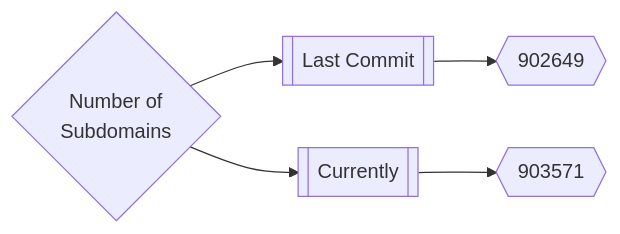
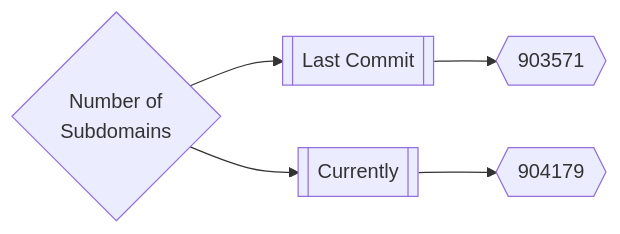
The first of 3 diagrams in README.md (trickest/inventory), drawn with Mermaid before and after one commit. The commit also changed other lines of this file, not shown here.

Commit message:
Update README.md Wed Jul 13 21:10:54 UTC 2022

````diff
--- a/README.md
+++ b/README.md
@@ -167,5 +167,5 @@
 ```mermaid
 graph LR
-title{Number of<br>Subdomains} --> subdomainsDate1[[Last Commit]] --> subdomainsNum1{{902649}}
-title --> subdomainsDate2[[Currently]] --> subdomainsNum2{{903571}}
+title{Number of<br>Subdomains} --> subdomainsDate1[[Last Commit]] --> subdomainsNum1{{903571}}
+title --> subdomainsDate2[[Currently]] --> subdomainsNum2{{904179}}
 ```
````
